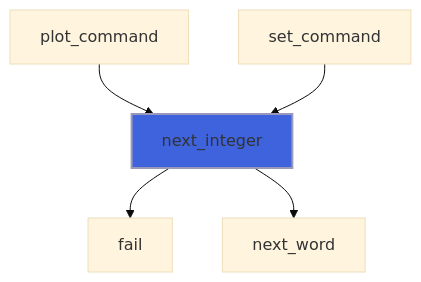
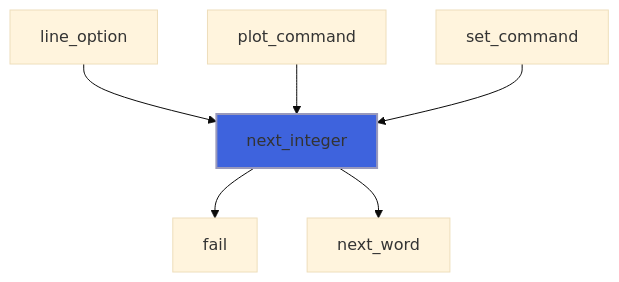
Before and after one commit to szaghi/foresight: diagram 22 of 30 in docs/api/src/lib/foresight_script.md, drawn with Mermaid (base theme). The commit also changed other lines of this file and 42 other files, not shown here.

````diff
--- a/docs/api/src/lib/foresight_script.md
+++ b/docs/api/src/lib/foresight_script.md
@@ -672,8 +764,9 @@
 ```mermaid
 flowchart TD
+  line_option["line_option"] --> next_integer["next_integer"]
   plot_command["plot_command"] --> next_integer["next_integer"]
   set_command["set_command"] --> next_integer["next_integer"]
   next_integer["next_integer"] --> fail["fail"]
   next_integer["next_integer"] --> next_word["next_word"]
   style next_integer fill:#3e63dd,stroke:#99b,stroke-width:2px
 ```
````
